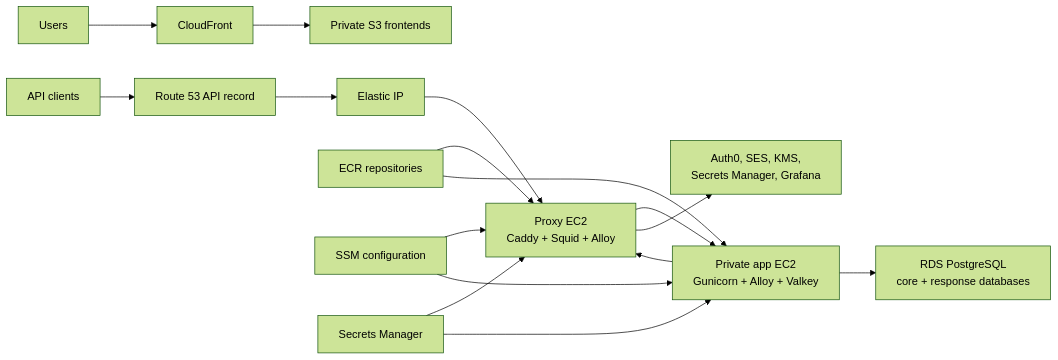
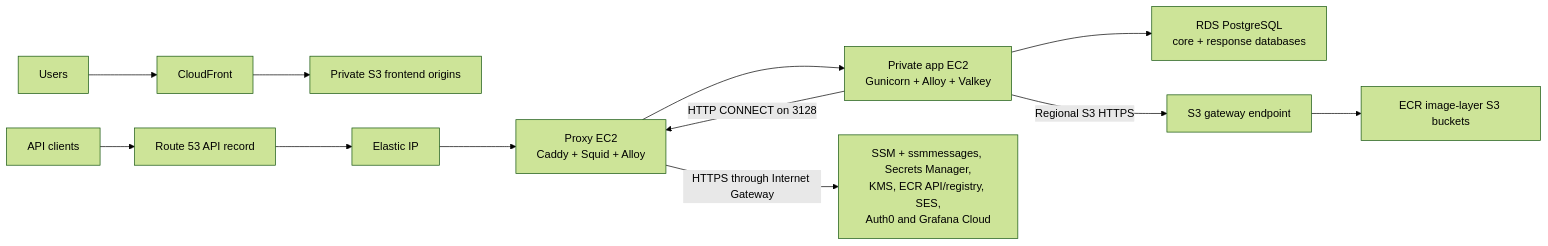
Before and after one commit to Shayman-M-86/FlowForm: the diagram in docs/70-planning/active/aws-cdk-staging-plan.md, drawn with Mermaid (forest theme). The commit also changed other lines of this file and 21 other files, not shown here.

First line of the commit message:
feat: Implement RegistryStack for private ECR repositories and image publishing

````diff
--- a/docs/70-planning/active/aws-cdk-staging-plan.md
+++ b/docs/70-planning/active/aws-cdk-staging-plan.md
@@ -47,21 +126,16 @@
 ```mermaid
 flowchart LR
     Users["Users"] --> CF["CloudFront"]
-    CF --> S3["Private S3 frontends"]
+    CF --> FrontendS3["Private S3 frontend origins"]
 
     Clients["API clients"] --> DNS["Route 53 API record"]
     DNS --> EIP["Elastic IP"]
     EIP --> Proxy["Proxy EC2<br/>Caddy + Squid + Alloy"]
     Proxy --> App["Private app EC2<br/>Gunicorn + Alloy + Valkey"]
 
     App --> RDS["RDS PostgreSQL<br/>core + response databases"]
-    App --> Proxy
-    Proxy --> External["Auth0, SES, KMS,<br/>Secrets Manager, Grafana"]
-
-    ECR["ECR repositories"] --> Proxy
-    ECR --> App
-    SSM["SSM configuration"] --> Proxy
-    SSM --> App
-    Secrets["Secrets Manager"] --> Proxy
-    Secrets --> App
+    App -- "HTTP CONNECT on 3128" --> Proxy
+    Proxy -- "HTTPS through Internet Gateway" --> PublicServices["SSM + ssmmessages, Secrets Manager,<br/>KMS, ECR API/registry, SES,<br/>Auth0 and Grafana Cloud"]
+    App -- "Regional S3 HTTPS" --> S3Endpoint["S3 gateway endpoint"]
+    S3Endpoint --> LayerS3["ECR image-layer S3 buckets"]
 ```
````
